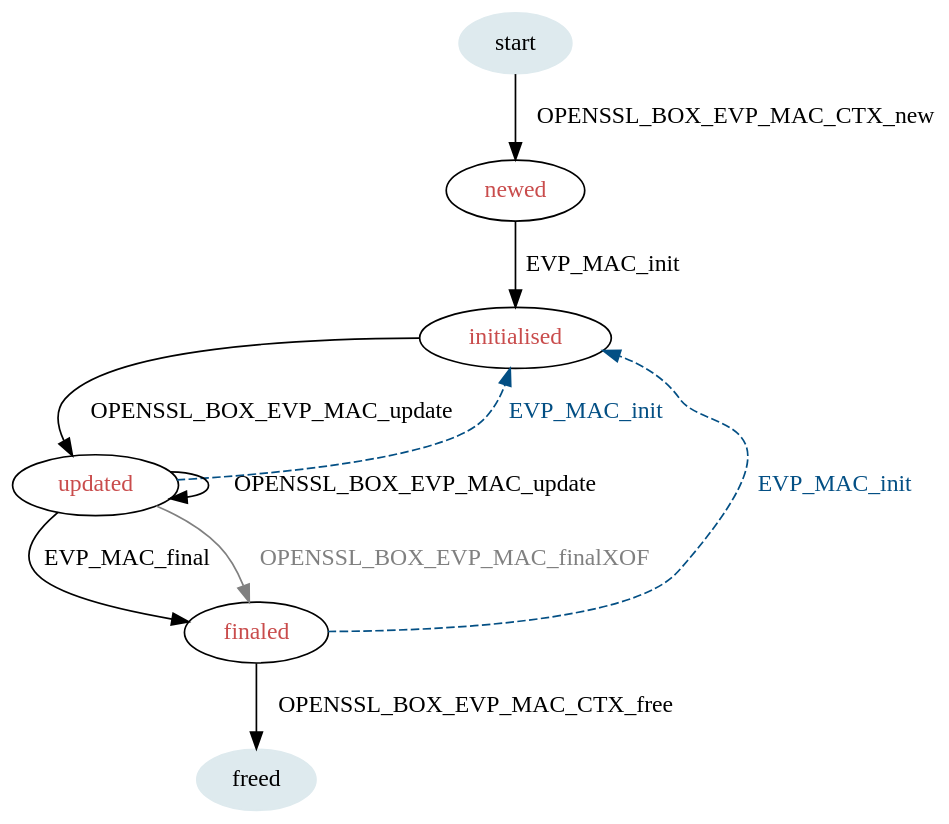
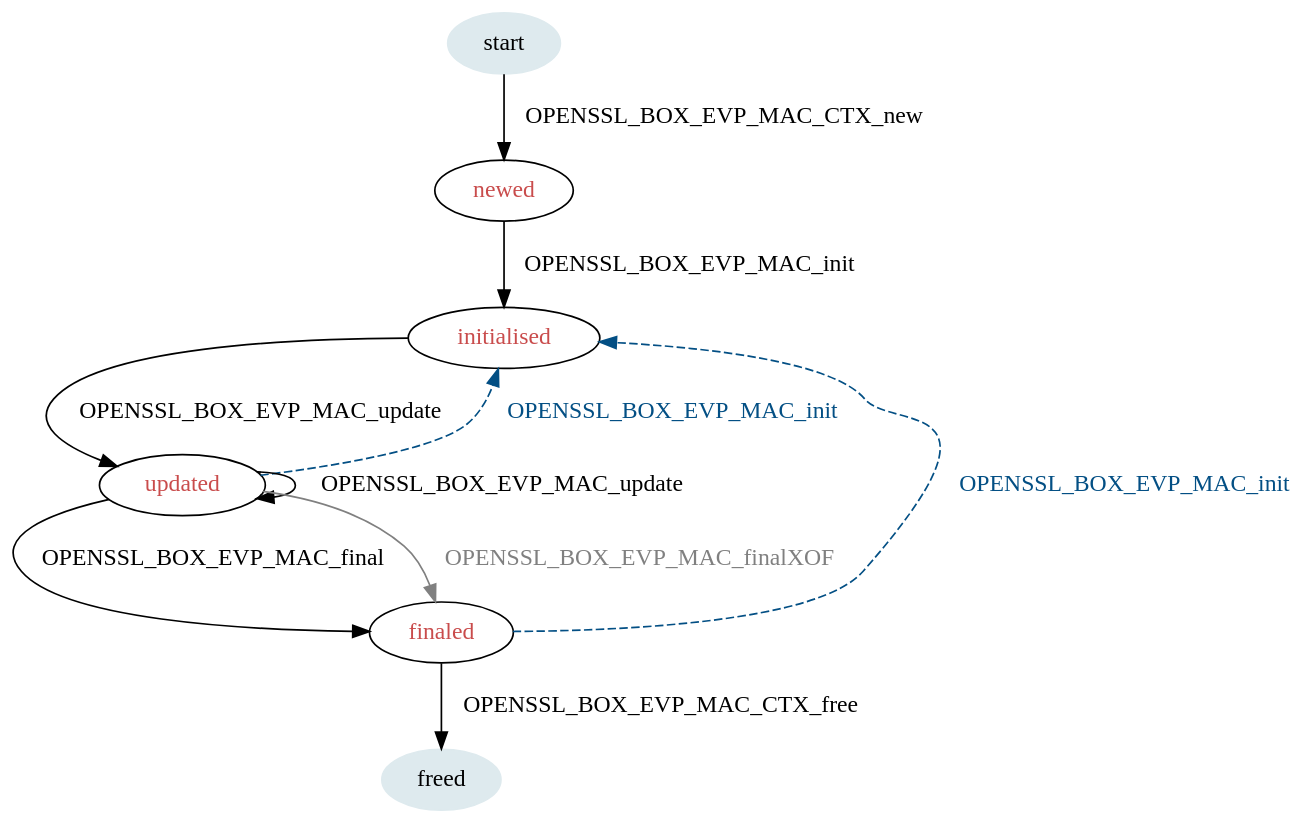
One commit to jogme/openssl changed the diagram in doc/life-cycles/mac.dot. Above: the diagram before and after it, drawn with Graphviz. The commit also changed 587 other files, not shown here.

```diff
--- a/doc/life-cycles/mac.dot
+++ b/doc/life-cycles/mac.dot
@@ -1,27 +1,27 @@
 digraph mac {
     bgcolor="transparent";
 
     begin [label=start, color="#deeaee", style="filled"];
     newed [fontcolor="#c94c4c", style="solid"];
     initialised [fontcolor="#c94c4c"];
     updated [fontcolor="#c94c4c"];
     finaled [fontcolor="#c94c4c"];
     end [label=freed, color="#deeaee", style="filled"];
 
     begin -> newed [label="OPENSSL_BOX_EVP_MAC_CTX_new"];
-    newed -> initialised [label="EVP_MAC_init"];
+    newed -> initialised [label="OPENSSL_BOX_EVP_MAC_init"];
     initialised -> updated [label="OPENSSL_BOX_EVP_MAC_update"];
     updated -> updated [label="OPENSSL_BOX_EVP_MAC_update"];
-    updated -> finaled [label="EVP_MAC_final"];
+    updated -> finaled [label="OPENSSL_BOX_EVP_MAC_final"];
     updated -> finaled [label="OPENSSL_BOX_EVP_MAC_finalXOF",
                         fontcolor="#808080", color="#808080"];
     /* Once this works it should go back in:
     finaled -> finaled [label="EVP_MAC_final_XOF",
                         fontcolor="#808080", color="#808080"];
     */
     finaled -> end [label="OPENSSL_BOX_EVP_MAC_CTX_free"];
-    updated -> initialised [label="EVP_MAC_init", style=dashed,
+    updated -> initialised [label="OPENSSL_BOX_EVP_MAC_init", style=dashed,
                             color="#034f84", fontcolor="#034f84"];
-    finaled -> initialised [label="EVP_MAC_init", style=dashed,
+    finaled -> initialised [label="OPENSSL_BOX_EVP_MAC_init", style=dashed,
                             color="#034f84", fontcolor="#034f84"];
 }
```
